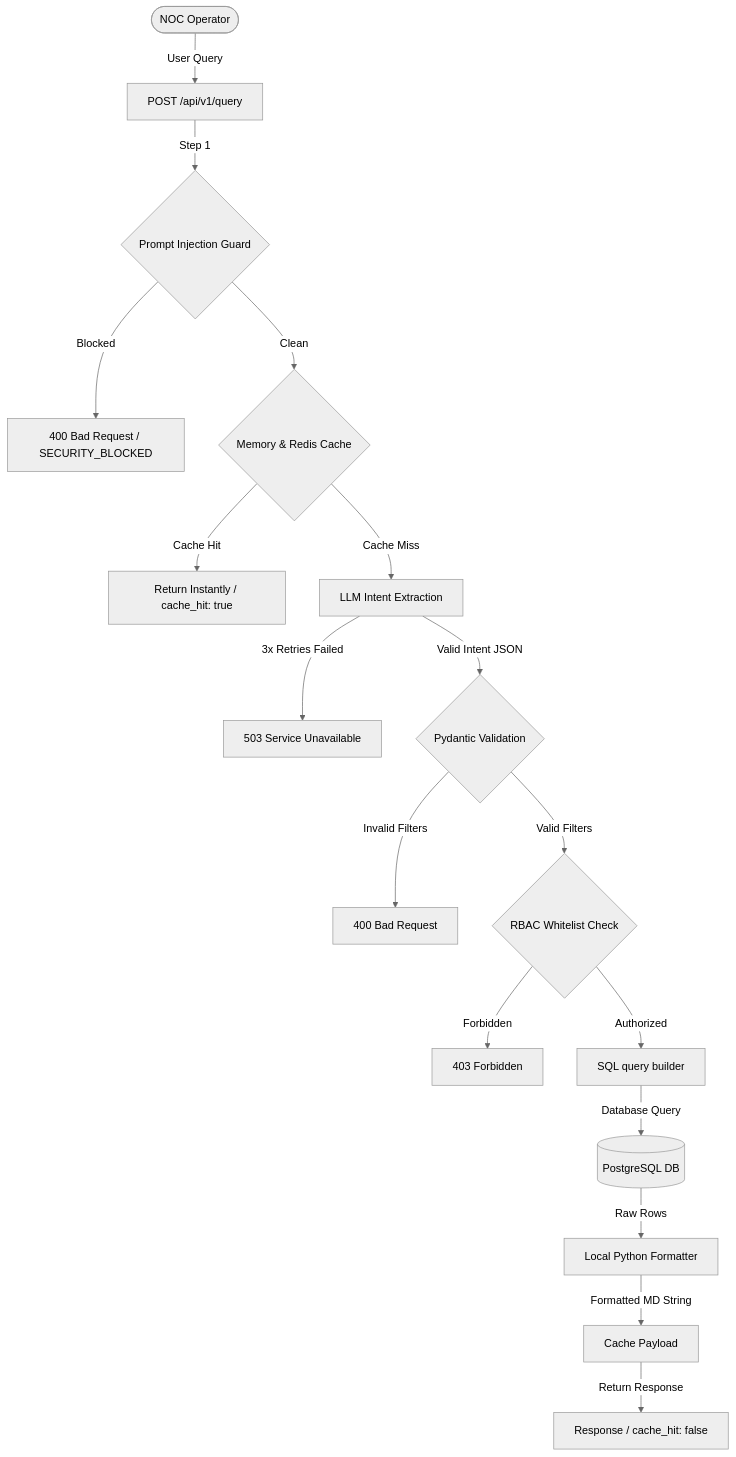
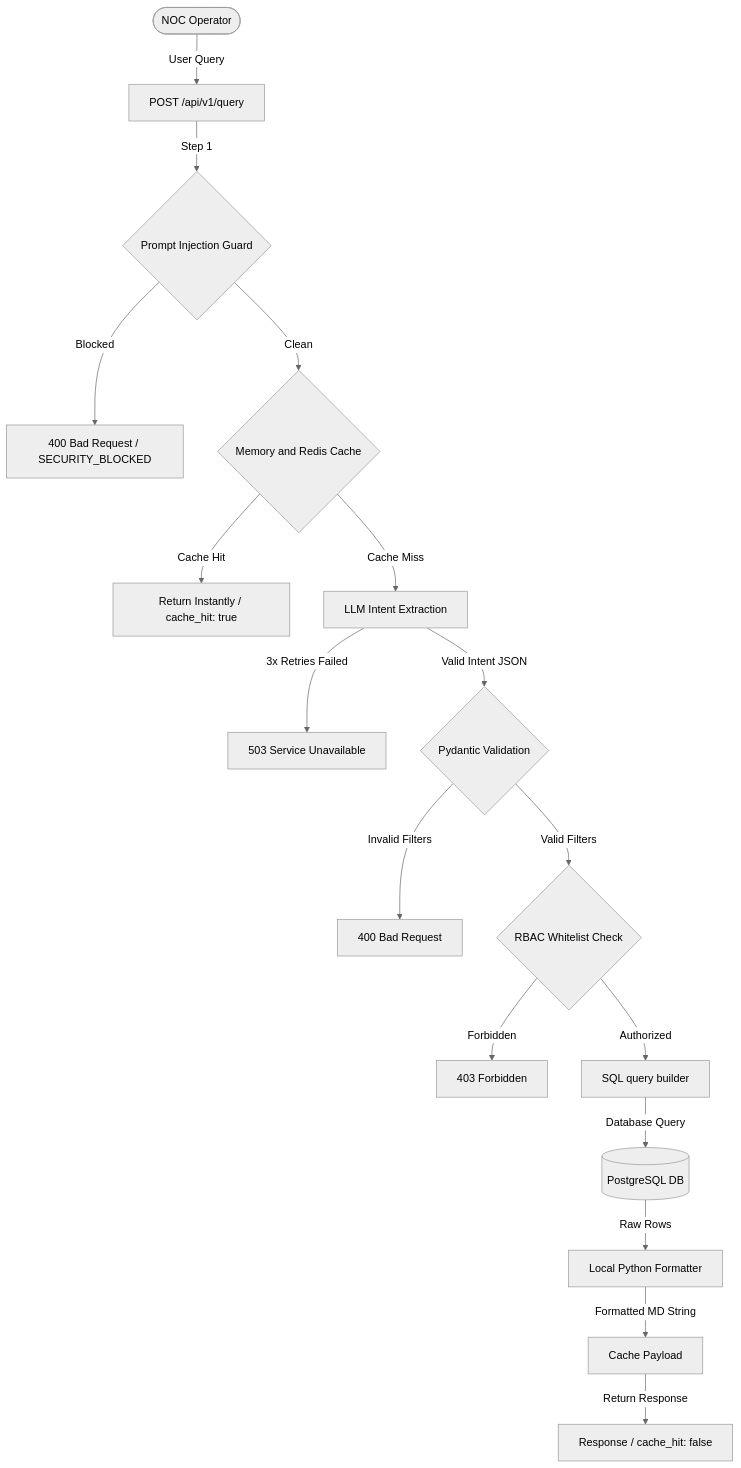
One commit to expertcoder6/noc-ai-assistant changed the diagram in README.md. Above: the diagram before and after it, drawn with Mermaid (neutral theme). The commit also changed 1 other file, not shown here.

Commit message:
test: add unit tests for intent validation models and update documentation instructions

````diff
--- a/README.md
+++ b/README.md
@@ -11,19 +11,19 @@
 ```mermaid
 graph TD
-    User([NOC Operator]) -->|User Query| API[POST /api/v1/query]
-    API -->|Step 1| Guard{Prompt Injection Guard}
-    Guard -->|Blocked| Block[400 Bad Request / SECURITY_BLOCKED]
-    Guard -->|Clean| Cache{Memory & Redis Cache}
-    Cache -->|Cache Hit| ReturnCache[Return Instantly / cache_hit: true]
-    Cache -->|Cache Miss| LLM[LLM Intent Extraction]
-    LLM -->|3x Retries Failed| Error503[503 Service Unavailable]
-    LLM -->|Valid Intent JSON| Pydantic{Pydantic Validation}
-    Pydantic -->|Invalid Filters| Error400[400 Bad Request]
-    Pydantic -->|Valid Filters| RBAC{RBAC Whitelist Check}
-    RBAC -->|Forbidden| Error403[403 Forbidden]
-    RBAC -->|Authorized| SQL[SQL query builder]
-    SQL -->|Database Query| DB[(PostgreSQL DB)]
-    DB -->|Raw Rows| Formatter[Local Python Formatter]
-    Formatter -->|Formatted MD String| CacheSave[Cache Payload]
-    CacheSave -->|Return Response| ReturnFinal[Response / cache_hit: false]
+    User(["NOC Operator"]) -->|User Query| API["POST /api/v1/query"]
+    API -->|Step 1| Guard{"Prompt Injection Guard"}
+    Guard -->|Blocked| Block["400 Bad Request / SECURITY_BLOCKED"]
+    Guard -->|Clean| Cache{"Memory and Redis Cache"}
+    Cache -->|Cache Hit| ReturnCache["Return Instantly / cache_hit: true"]
+    Cache -->|Cache Miss| LLM["LLM Intent Extraction"]
+    LLM -->|3x Retries Failed| Error503["503 Service Unavailable"]
+    LLM -->|Valid Intent JSON| Pydantic{"Pydantic Validation"}
+    Pydantic -->|Invalid Filters| Error400["400 Bad Request"]
+    Pydantic -->|Valid Filters| RBAC{"RBAC Whitelist Check"}
+    RBAC -->|Forbidden| Error403["403 Forbidden"]
+    RBAC -->|Authorized| SQL["SQL query builder"]
+    SQL -->|Database Query| DB[("PostgreSQL DB")]
+    DB -->|Raw Rows| Formatter["Local Python Formatter"]
+    Formatter -->|Formatted MD String| CacheSave["Cache Payload"]
+    CacheSave -->|Return Response| ReturnFinal["Response / cache_hit: false"]
 ```
````
